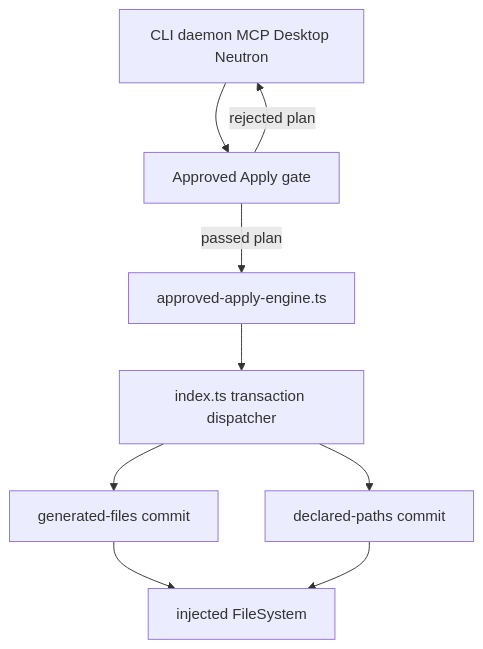
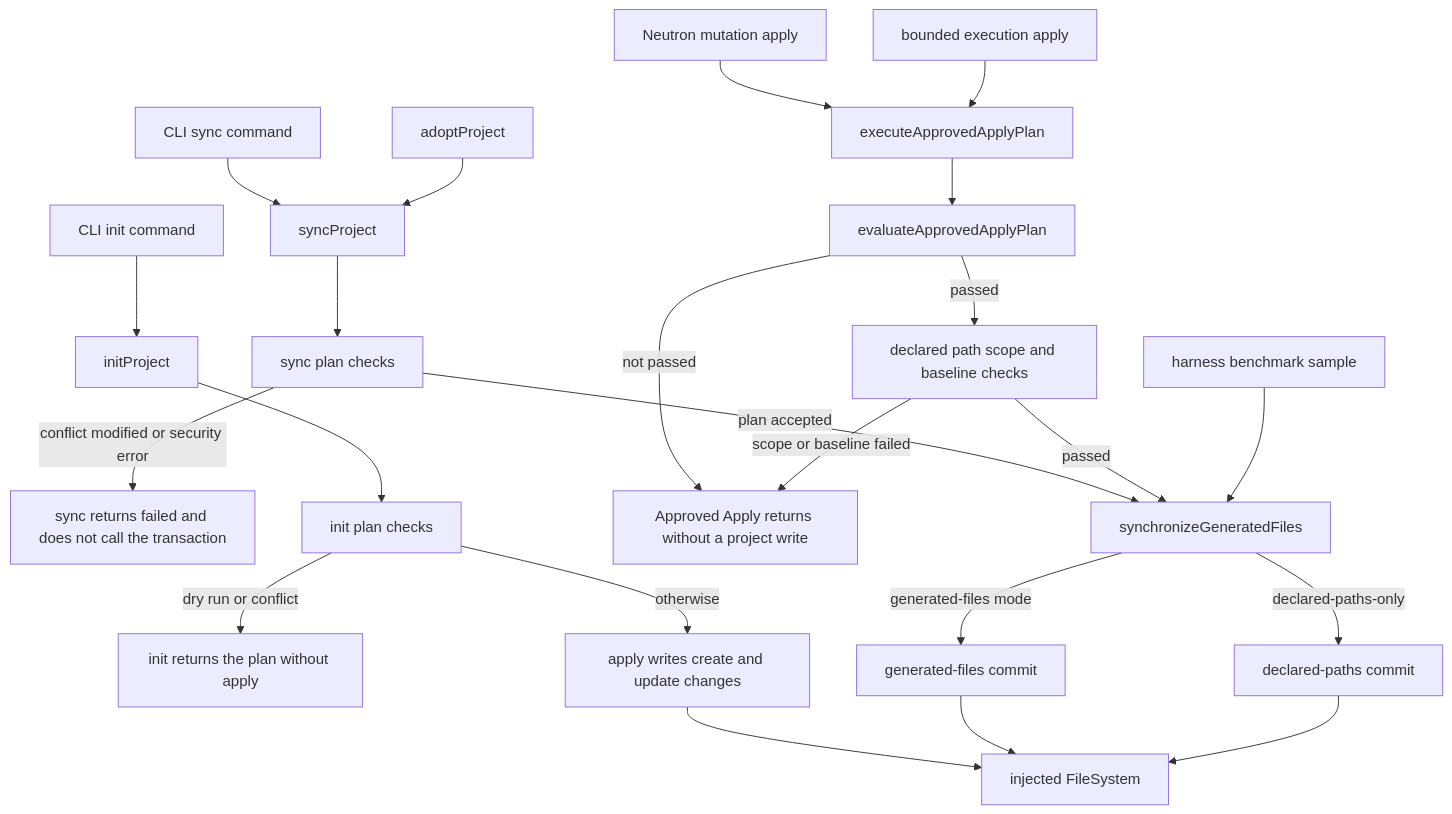
One commit to vitala89/Intentloom changed the ninth of 10 diagrams in docs/designs/p1i1-generated-file-transaction/SYSTEM_DESIGN.md. Above: the diagram before and after it, drawn with Mermaid. The commit also changed other lines of this file and 6 other files, not shown here.

First line of the commit message:
docs(architecture): correct the P1I.1 trust and contract design

````diff
--- a/docs/designs/p1i1-generated-file-transaction/SYSTEM_DESIGN.md
+++ b/docs/designs/p1i1-generated-file-transaction/SYSTEM_DESIGN.md
@@ -1009,18 +1030,46 @@
 ```mermaid
 flowchart TB
-  caller["CLI daemon MCP Desktop Neutron"]
-  gate["Approved Apply gate"]
-  engine["approved-apply-engine.ts"]
-  barrel["index.ts transaction dispatcher"]
+  cliSync["CLI sync command"]
+  adoptCall["adoptProject"]
+  sync["syncProject"]
+  syncPlan["sync plan checks"]
+  syncStop["sync returns failed and does not call the transaction"]
+  cliInit["CLI init command"]
+  init["initProject"]
+  initPlan["init plan checks"]
+  initReturn["init returns the plan without apply"]
+  applyWrite["apply writes create and update changes"]
+  neutronApply["Neutron mutation apply"]
+  boundedApply["bounded execution apply"]
+  engine["executeApprovedApplyPlan"]
+  gate["evaluateApprovedApplyPlan"]
+  extraChecks["declared path scope and baseline checks"]
+  noWrite["Approved Apply returns without a project write"]
+  harness["harness benchmark sample"]
+  barrel["synchronizeGeneratedFiles"]
   owned["generated-files commit"]
-  declared["declared-paths commit"]
+  declaredPaths["declared-paths commit"]
   fs["injected FileSystem"]
-  caller --> gate
-  gate -->|rejected plan| caller
-  gate -->|passed plan| engine
-  engine --> barrel
-  barrel --> owned
-  barrel --> declared
+  cliSync --> sync
+  adoptCall --> sync
+  sync --> syncPlan
+  syncPlan -->|conflict modified or security error| syncStop
+  syncPlan -->|plan accepted| barrel
+  cliInit --> init
+  init --> initPlan
+  initPlan -->|dry run or conflict| initReturn
+  initPlan -->|otherwise| applyWrite
+  applyWrite --> fs
+  neutronApply --> engine
+  boundedApply --> engine
+  engine --> gate
+  gate -->|not passed| noWrite
+  gate -->|passed| extraChecks
+  extraChecks -->|scope or baseline failed| noWrite
+  extraChecks -->|passed| barrel
+  harness --> barrel
+  barrel -->|declared-paths-only| declaredPaths
+  barrel -->|generated-files mode| owned
   owned --> fs
-  declared --> fs
+  declaredPaths --> fs
 ```
````
